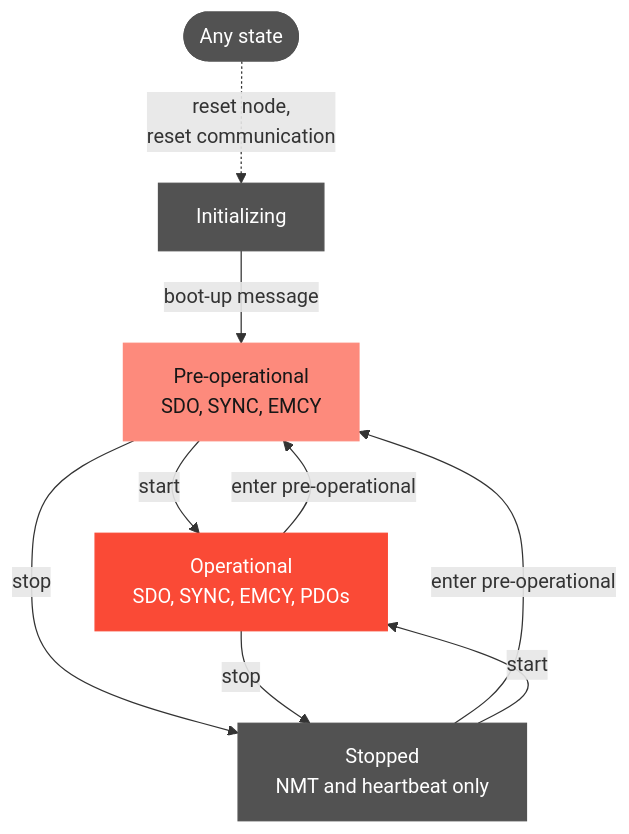
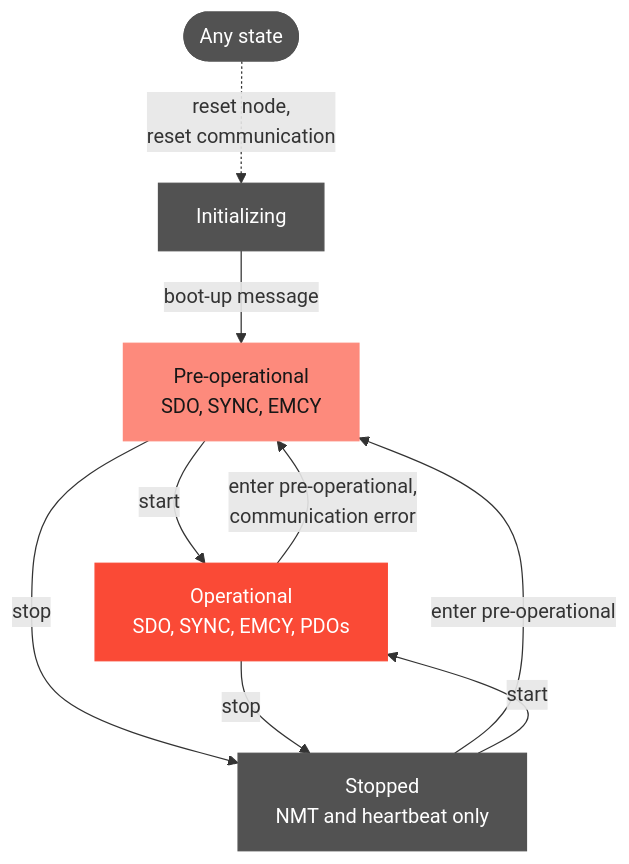
The second of 3 diagrams in docs/subsystems/canopen.md (coredevices/PebbleOS), drawn with Mermaid before and after one commit. The commit also changed other lines of this file and 6 other files, not shown here.

````diff
--- a/docs/subsystems/canopen.md
+++ b/docs/subsystems/canopen.md
@@ -218,23 +219,23 @@
 ```{mermaid}
 flowchart TB
   any(["Any state"])
   init["Initializing"]
   preop["Pre-operational<br/>SDO, SYNC, EMCY"]
   op["Operational<br/>SDO, SYNC, EMCY, PDOs"]
   stopped["Stopped<br/>NMT and heartbeat only"]
   any -.->|"reset node,<br/>reset communication"| init
   init -->|"boot-up message"| preop
   preop -->|"start"| op
-  op -->|"enter pre-operational"| preop
+  op -->|"enter pre-operational,<br/>communication error"| preop
   preop -->|"stop"| stopped
   stopped -->|"enter pre-operational"| preop
   op -->|"stop"| stopped
   stopped -->|"start"| op
 
   classDef app fill:#fa4a36,stroke:#fa4a36,color:#ffffff
   classDef system fill:#fd8a7c,stroke:#fd8a7c,color:#171717
   classDef base fill:#525252,stroke:#525252,color:#ffffff
   class op app
   class preop system
   class init,stopped,any base
 ```
````
